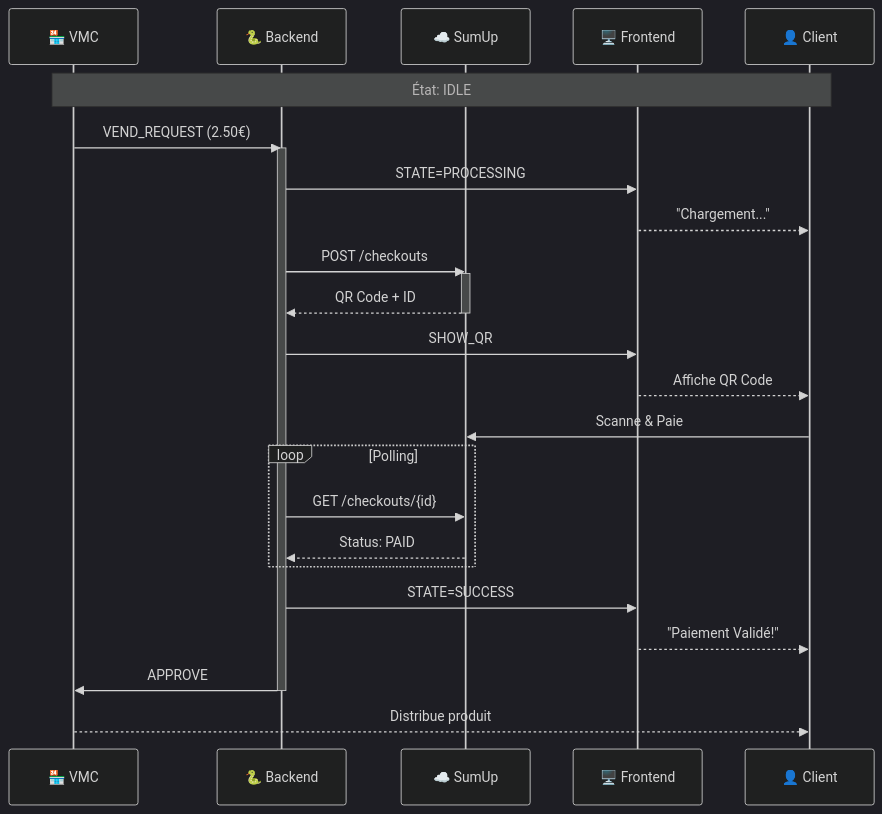
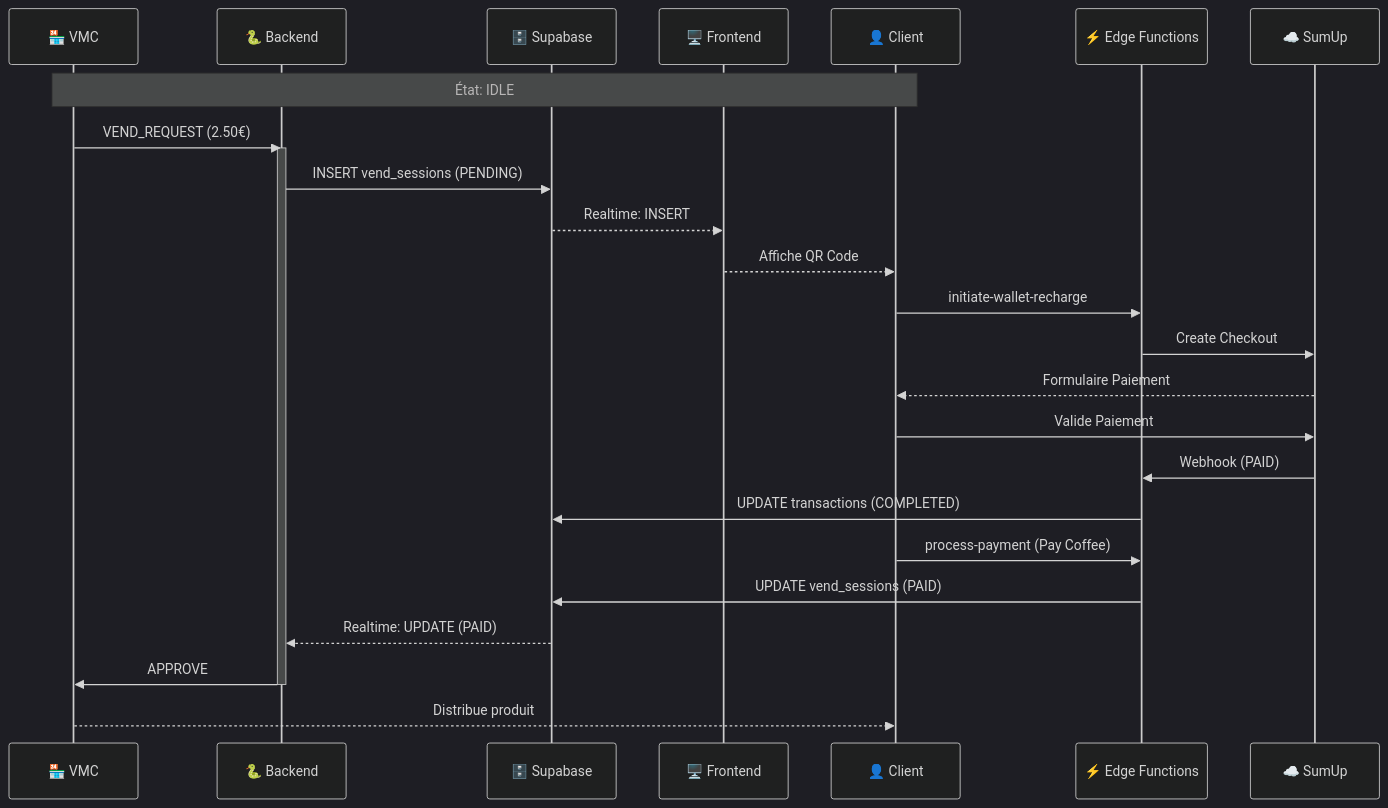
The third of 3 diagrams in docs/architecture.md (jiroscripts/sumup-mdb-qibixx), drawn with Mermaid before and after one commit. The commit also changed other lines of this file and 21 other files, not shown here.

Commit message:
refactor: simplify architecture, rename functions, and clean up schema

````diff
--- a/docs/architecture.md
+++ b/docs/architecture.md
@@ -121,39 +131,36 @@
 ```mermaid
 %%{init: {'theme':'dark', 'themeVariables': { 'fontSize':'20px'}}}%%
 sequenceDiagram
     participant VMC as 🏪 VMC
     participant Backend as 🐍 Backend
-    participant SumUp as ☁️ SumUp
+    participant Supabase as 🗄️ Supabase
     participant Frontend as 🖥️ Frontend
     participant User as 👤 Client
+    participant Edge as ⚡ Edge Functions
+    participant SumUp as ☁️ SumUp
 
     Note over VMC,User: État: IDLE
 
     VMC->>Backend: VEND_REQUEST (2.50€)
     activate Backend
-    Backend->>Frontend: STATE=PROCESSING
-    Frontend-->>User: "Chargement..."
+    Backend->>Supabase: INSERT vend_sessions (PENDING)
+    Supabase-->>Frontend: Realtime: INSERT
+    Frontend-->>User: Affiche QR Code
     
-    Backend->>SumUp: POST /checkouts
-    activate SumUp
-    SumUp-->>Backend: QR Code + ID
-    deactivate SumUp
-
-    Backend->>Frontend: SHOW_QR
-    Frontend-->>User: Affiche QR Code
-
-    User->>SumUp: Scanne & Paie
+    User->>Edge: initiate-wallet-recharge
+    Edge->>SumUp: Create Checkout
+    SumUp-->>User: Formulaire Paiement
     
-    loop Polling
-        Backend->>SumUp: GET /checkouts/{id}
-        SumUp-->>Backend: Status: PAID
-    end
-
-    Backend->>Frontend: STATE=SUCCESS
-    Frontend-->>User: "Paiement Validé!"
+    User->>SumUp: Valide Paiement
+    SumUp->>Edge: Webhook (PAID)
+    Edge->>Supabase: UPDATE transactions (COMPLETED)
     
+    User->>Edge: process-payment (Pay Coffee)
+    Edge->>Supabase: UPDATE vend_sessions (PAID)
+    
+    Supabase-->>Backend: Realtime: UPDATE (PAID)
     Backend->>VMC: APPROVE
     deactivate Backend
     
     VMC-->>User: Distribue produit
 ```
````
